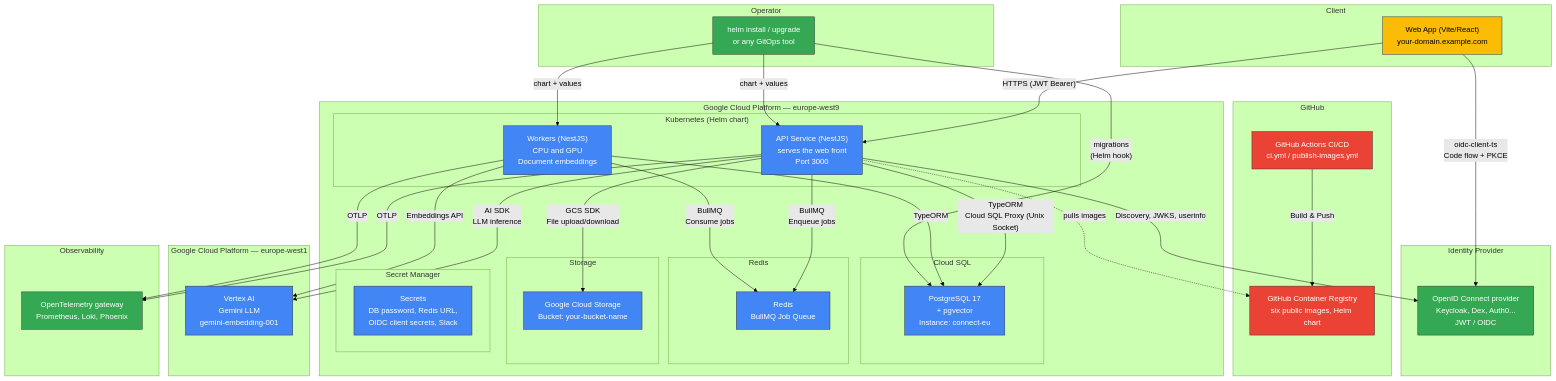
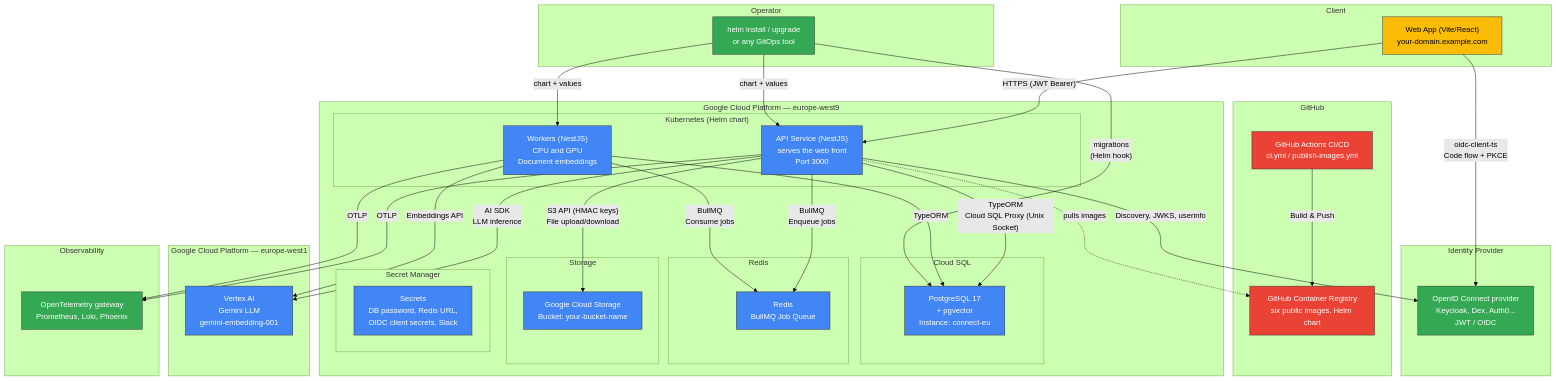
Before and after one commit to bayesimpact/bayes-platform: the first of 3 diagrams in docs/architecture.md, drawn with Mermaid (forest theme). The commit also changed other lines of this file and 39 other files, not shown here.

```diff
--- a/docs/architecture.md
+++ b/docs/architecture.md
@@ -60,7 +60,7 @@
     %% API flows
     API -- "TypeORM<br/>Cloud SQL Proxy (Unix Socket)" --> PG
     API -- "BullMQ<br/>Enqueue jobs" --> REDIS
-    API -- "GCS SDK<br/>File upload/download" --> GCS
+    API -- "S3 API (HMAC keys)<br/>File upload/download" --> GCS
     API -- "AI SDK<br/>LLM inference" --> VERTEX
     API -- "OTLP" --> OTEL
     API -- "Discovery, JWKS, userinfo" --> IDP
```
